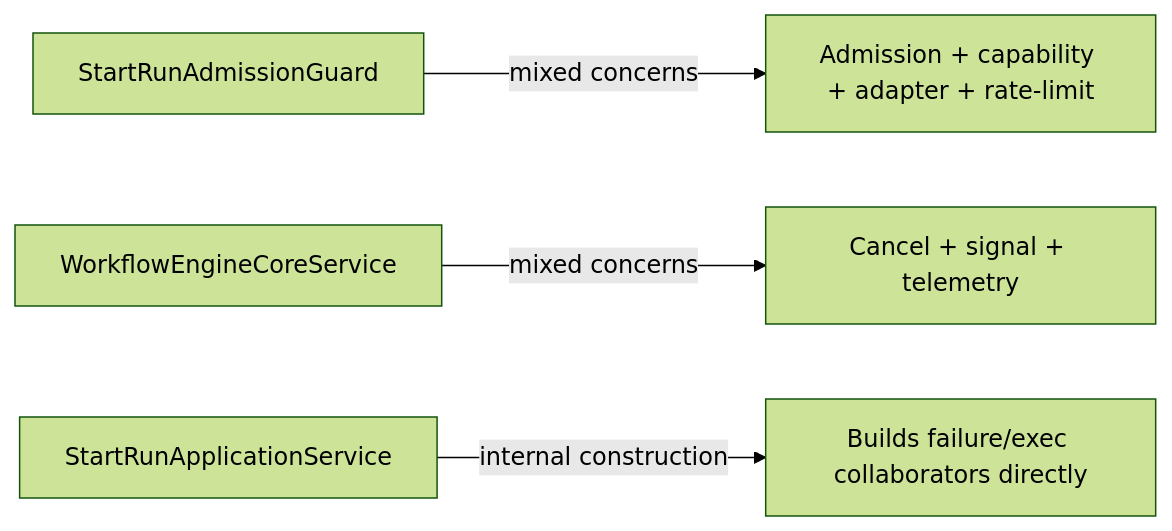
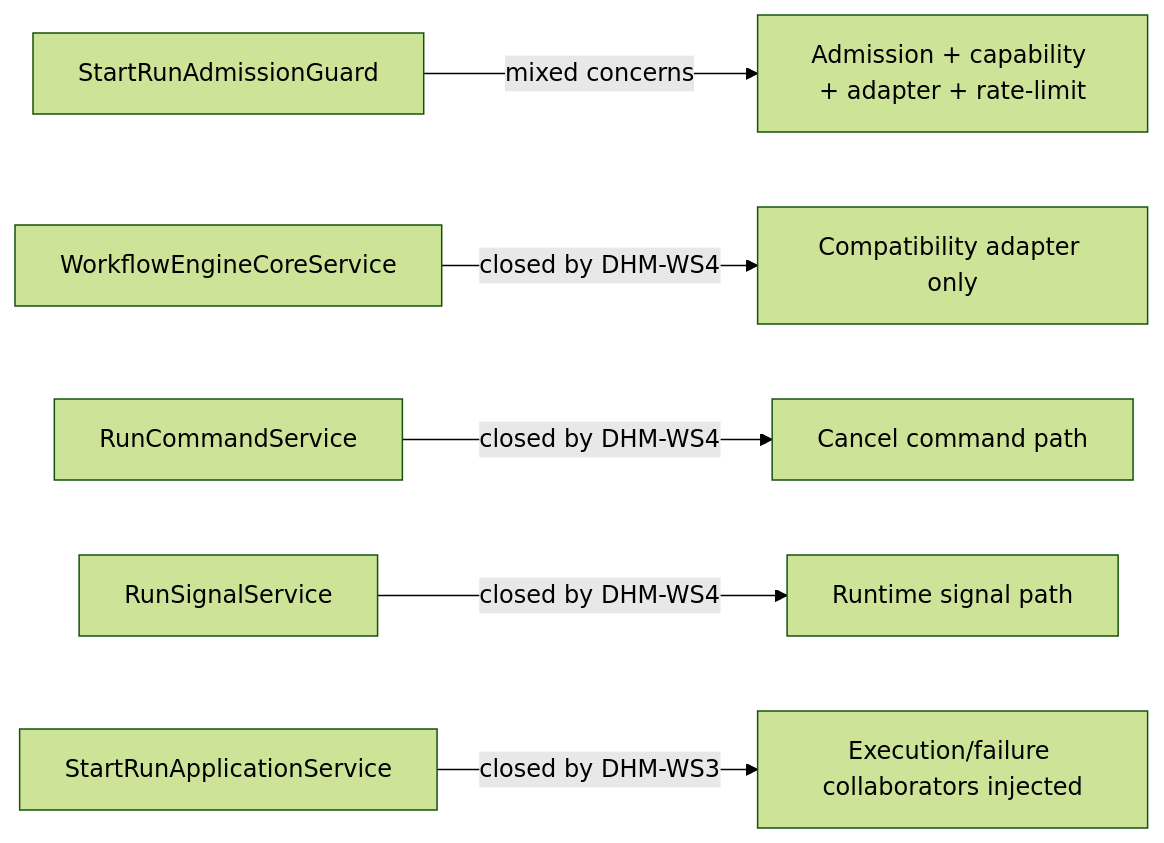
One commit to dunay2/dvt changed the fifth of 5 diagrams in docs/architecture/components/engine/architecture/workflow-engine-subsystem-context.md. Above: the diagram before and after it, drawn with Mermaid (forest theme). The commit also changed other lines of this file and 40 other files, not shown here.

First line of the commit message:
refactor(engine): Split workflow runtime command paths

````diff
--- a/docs/architecture/components/engine/architecture/workflow-engine-subsystem-context.md
+++ b/docs/architecture/components/engine/architecture/workflow-engine-subsystem-context.md
@@ -255,6 +267,8 @@
 ```mermaid
 flowchart LR
   Guard["StartRunAdmissionGuard"] -->|mixed concerns| W2["Admission + capability + adapter + rate-limit"]
-  Core["WorkflowEngineCoreService"] -->|mixed concerns| W3["Cancel + signal + telemetry"]
-  StartRun["StartRunApplicationService"] -->|internal construction| W4["Builds failure/exec collaborators directly"]
+  Core["WorkflowEngineCoreService"] -->|closed by DHM-WS4| W3["Compatibility adapter only"]
+  Command["RunCommandService"] -->|closed by DHM-WS4| W5["Cancel command path"]
+  Signal["RunSignalService"] -->|closed by DHM-WS4| W6["Runtime signal path"]
+  StartRun["StartRunApplicationService"] -->|closed by DHM-WS3| W4["Execution/failure collaborators injected"]
 ```
````
